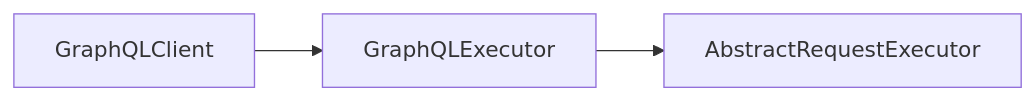
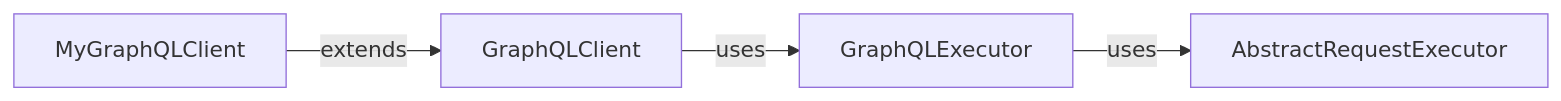
The diagram in expediagroup-sdk-graphql/README.md (ExpediaGroup/expediagroup-java-sdk), drawn with Mermaid before and after one commit. The commit also changed other lines of this file, not shown here.

````diff
--- a/expediagroup-sdk-graphql/README.md
+++ b/expediagroup-sdk-graphql/README.md
@@ -50,10 +50,12 @@
 ```mermaid
 flowchart LR
+  GCI[MyGraphQLClient]
   GC[GraphQLClient]
   GE[GraphQLExecutor]
   ARE[AbstractRequestExecutor]
 
   %% relationships
-  GC --> GE
-  GE --> ARE
+  GCI --> |extends| GC
+  GC --> |uses| GE
+  GE --> |uses| ARE
 ```
````
